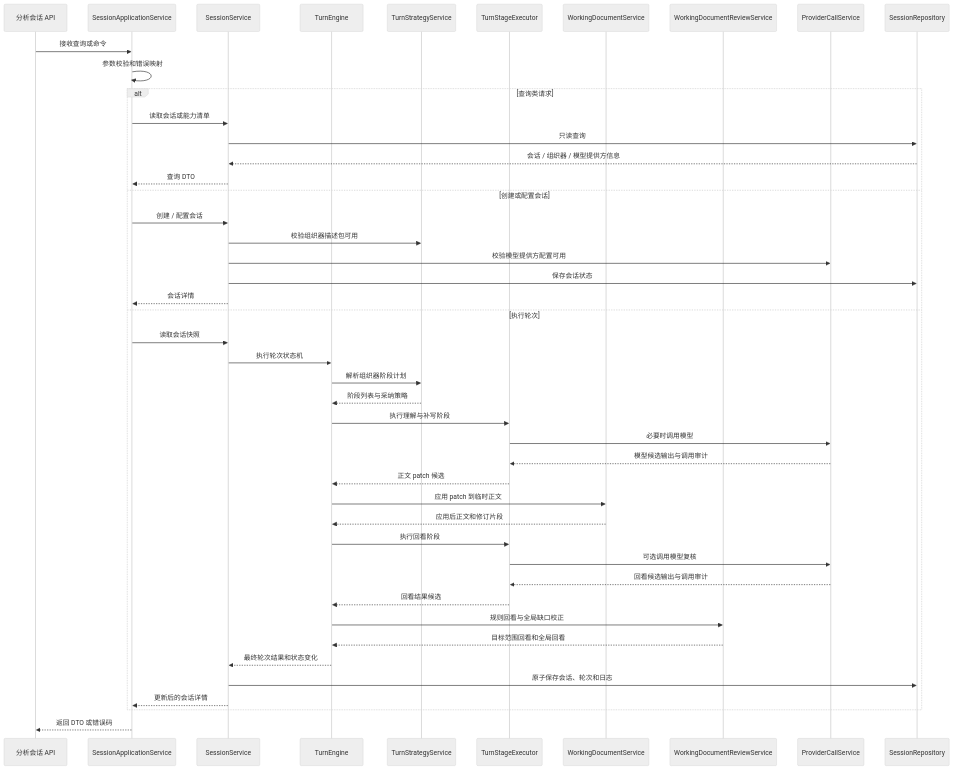
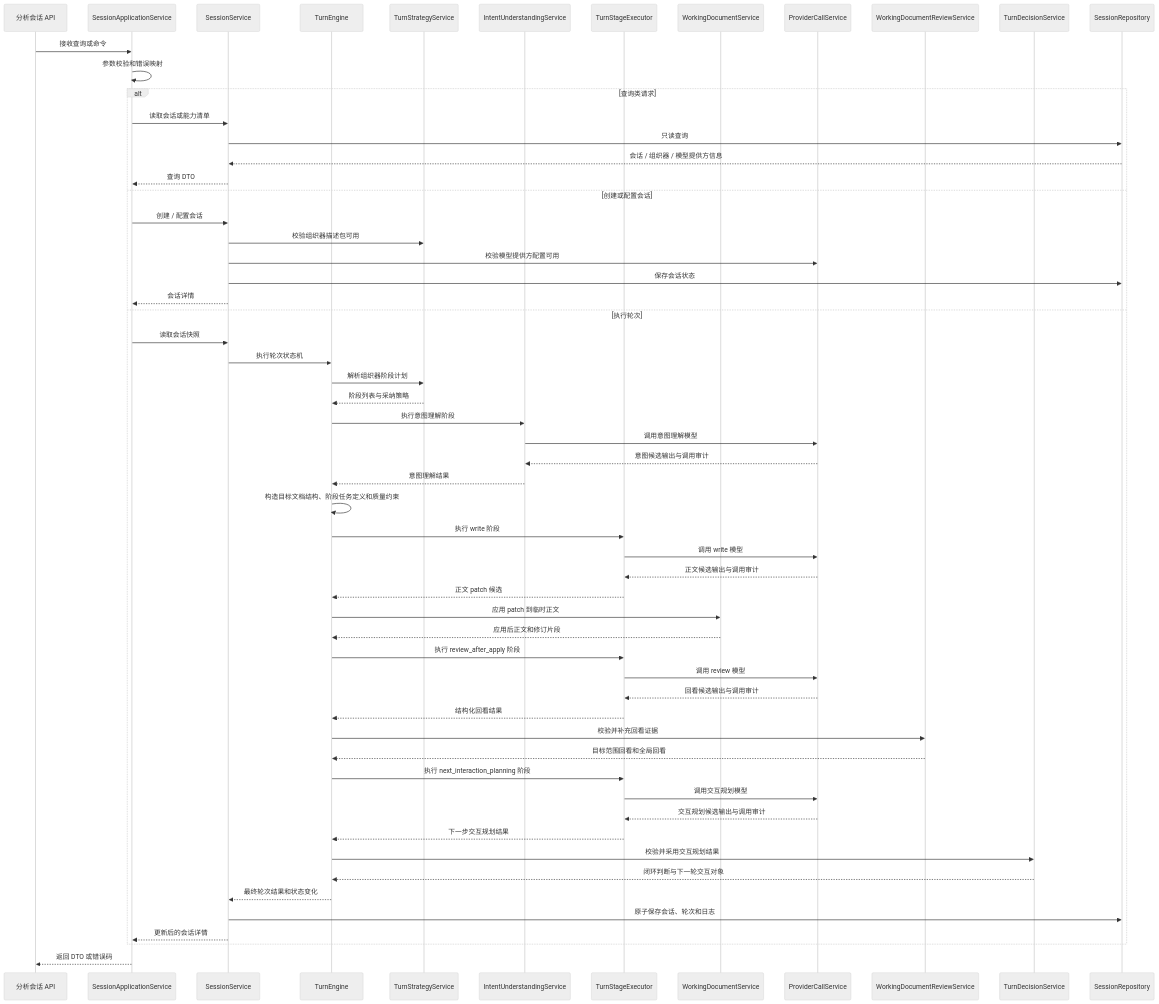
One commit to wgwtest/CodeFactoryV2 changed diagram 24 of 35 in DOC/CODEX_DOC/02_设计说明/P2_需求分析系统/P2-需求分析系统设计.md. Above: the diagram before and after it, drawn with Mermaid (neutral theme). The commit also changed other lines of this file and 43 other files, not shown here.

````diff
--- a/DOC/CODEX_DOC/02_设计说明/P2_需求分析系统/P2-需求分析系统设计.md
+++ b/DOC/CODEX_DOC/02_设计说明/P2_需求分析系统/P2-需求分析系统设计.md
@@ -2946,49 +2965,62 @@
 ```mermaid
 sequenceDiagram
   participant API as 分析会话 API
   participant App as SessionApplicationService
   participant Session as SessionService
   participant Turn as TurnEngine
   participant Strategy as TurnStrategyService
+  participant Intent as IntentUnderstandingService
   participant Stage as TurnStageExecutor
   participant Doc as WorkingDocumentService
+  participant Provider as ProviderCallService
   participant Review as WorkingDocumentReviewService
-  participant Provider as ProviderCallService
+  participant Decision as TurnDecisionService
   participant Repo as SessionRepository
 
   API->>App: 接收查询或命令
   App->>App: 参数校验和错误映射
   alt 查询类请求
     App->>Session: 读取会话或能力清单
     Session->>Repo: 只读查询
     Repo-->>Session: 会话 / 组织器 / 模型提供方信息
     Session-->>App: 查询 DTO
   else 创建或配置会话
     App->>Session: 创建 / 配置会话
     Session->>Strategy: 校验组织器描述包可用
     Session->>Provider: 校验模型提供方配置可用
     Session->>Repo: 保存会话状态
     Session-->>App: 会话详情
   else 执行轮次
     App->>Session: 读取会话快照
     Session->>Turn: 执行轮次状态机
     Turn->>Strategy: 解析组织器阶段计划
     Strategy-->>Turn: 阶段列表与采纳策略
-    Turn->>Stage: 执行理解与补写阶段
-    Stage->>Provider: 必要时调用模型
-    Provider-->>Stage: 模型候选输出与调用审计
+    Turn->>Intent: 执行意图理解阶段
+    Intent->>Provider: 调用意图理解模型
+    Provider-->>Intent: 意图候选输出与调用审计
+    Intent-->>Turn: 意图理解结果
+    Turn->>Turn: 构造目标文档结构、阶段任务定义和质量约束
+    Turn->>Stage: 执行 write 阶段
+    Stage->>Provider: 调用 write 模型
+    Provider-->>Stage: 正文候选输出与调用审计
     Stage-->>Turn: 正文 patch 候选
     Turn->>Doc: 应用 patch 到临时正文
     Doc-->>Turn: 应用后正文和修订片段
-    Turn->>Stage: 执行回看阶段
-    Stage->>Provider: 可选调用模型复核
+    Turn->>Stage: 执行 review_after_apply 阶段
+    Stage->>Provider: 调用 review 模型
     Provider-->>Stage: 回看候选输出与调用审计
-    Stage-->>Turn: 回看结果候选
-    Turn->>Review: 规则回看与全局缺口校正
+    Stage-->>Turn: 结构化回看结果
+    Turn->>Review: 校验并补充回看证据
     Review-->>Turn: 目标范围回看和全局回看
+    Turn->>Stage: 执行 next_interaction_planning 阶段
+    Stage->>Provider: 调用交互规划模型
+    Provider-->>Stage: 交互规划候选输出与调用审计
+    Stage-->>Turn: 下一步交互规划结果
+    Turn->>Decision: 校验并采用交互规划结果
+    Decision-->>Turn: 闭环判断与下一轮交互对象
     Turn-->>Session: 最终轮次结果和状态变化
     Session->>Repo: 原子保存会话、轮次和日志
     Session-->>App: 更新后的会话详情
   end
   App-->>API: 返回 DTO 或错误码
 ```
````
